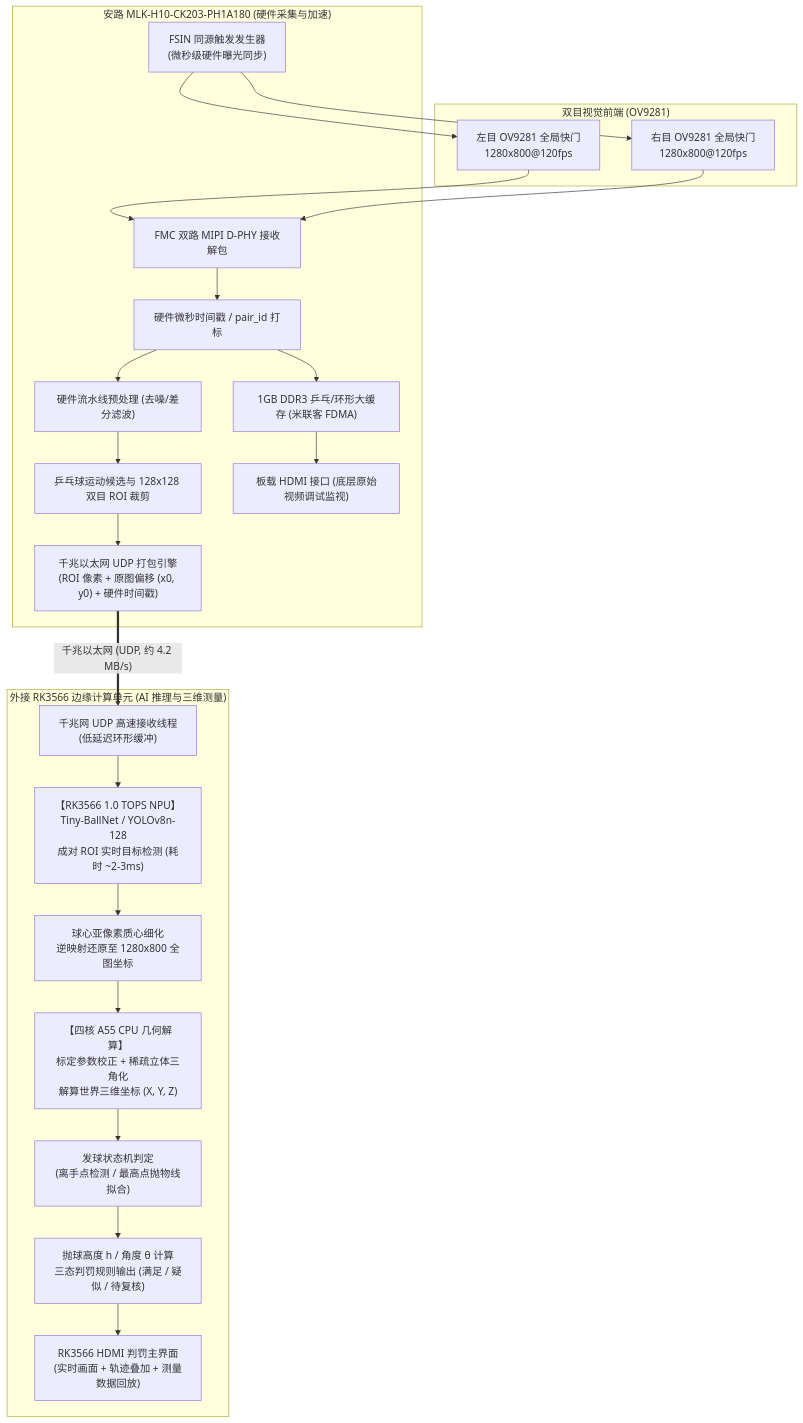
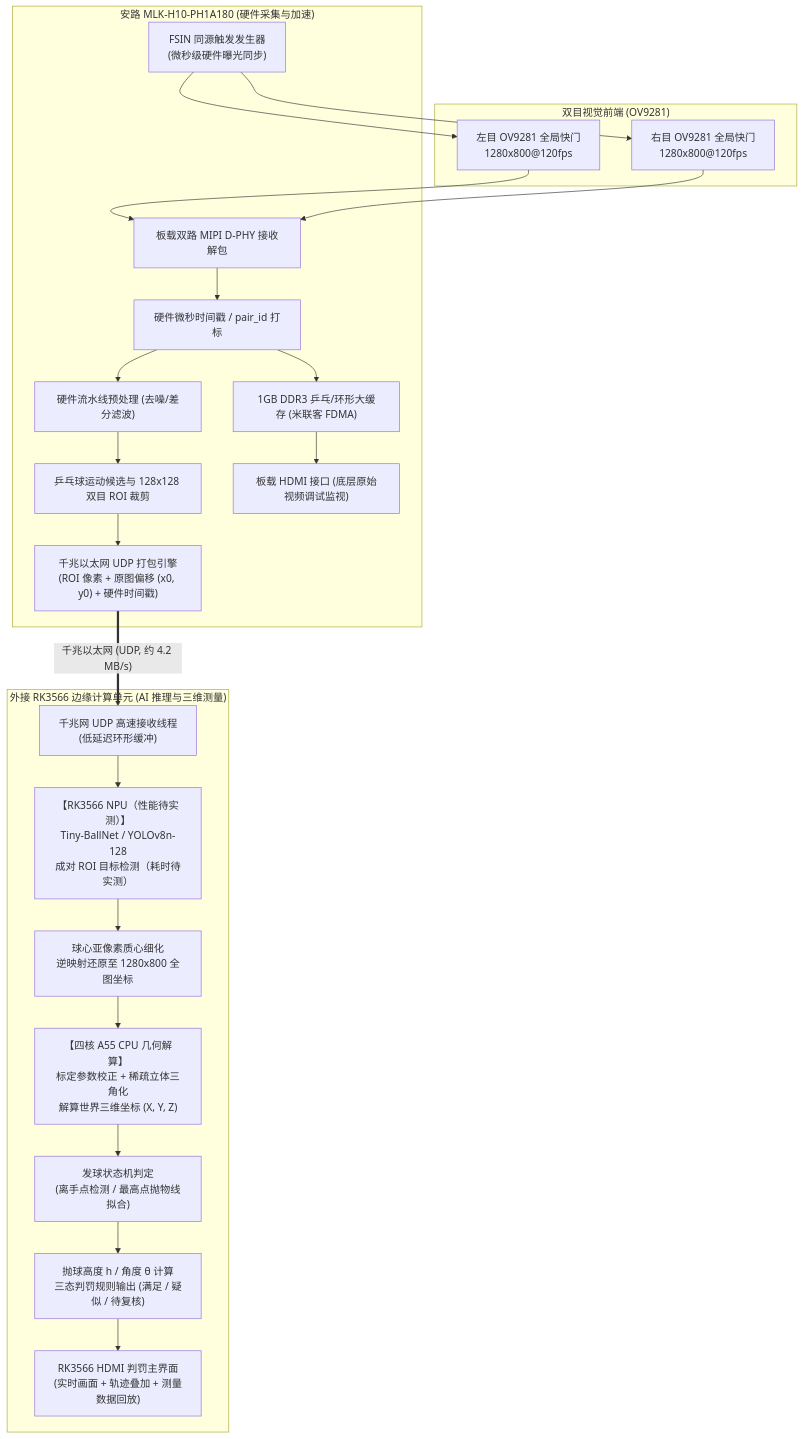
Before and after one commit to dandelionfeng/pingpong-fpga: the diagram in 项目规划/项目实施规划.md, drawn with Mermaid. The commit also changed other lines of this file and 7 other files, not shown here.

````diff
--- a/项目规划/项目实施规划.md
+++ b/项目规划/项目实施规划.md
@@ -69,43 +64,43 @@
 ```mermaid
 flowchart TD
     subgraph SENSOR["双目视觉前端 (OV9281)"]
         CAM_L["左目 OV9281 全局快门<br>1280x800@120fps"]
         CAM_R["右目 OV9281 全局快门<br>1280x800@120fps"]
     end
 
-    subgraph FPGA_BOARD["安路 MLK-H10-CK203-PH1A180 (硬件采集与加速)"]
+    subgraph FPGA_BOARD["安路 MLK-H10-PH1A180 (硬件采集与加速)"]
         FSIN_GEN["FSIN 同源触发发生器<br>(微秒级硬件曝光同步)"] --> CAM_L
         FSIN_GEN --> CAM_R
         
-        CAM_L --> FMC_RX["FMC 双路 MIPI D-PHY 接收解包"]
+        CAM_L --> FMC_RX["板载双路 MIPI D-PHY 接收解包"]
         CAM_R --> FMC_RX
         
         FMC_RX --> TS_TAG["硬件微秒时间戳 / pair_id 打标"]
         TS_TAG --> DDR3_BUF["1GB DDR3 乒乓/环形大缓存 (米联客 FDMA)"]
         
         TS_TAG --> PREPROC["硬件流水线预处理 (去噪/差分滤波)"]
         PREPROC --> ROI_CROP["乒乓球运动候选与 128x128 双目 ROI 裁剪"]
         
         ROI_CROP --> ETH_PACKET["千兆以太网 UDP 打包引擎<br>(ROI 像素 + 原图偏移 (x0, y0) + 硬件时间戳)"]
         
         DDR3_BUF --> HDMI_LOCAL["板载 HDMI 接口 (底层原始视频调试监视)"]
     end
 
     subgraph RK3566_BOARD["外接 RK3566 边缘计算单元 (AI 推理与三维测量)"]
         ETH_RECV["千兆网 UDP 高速接收线程<br>(低延迟环形缓冲)"]
         
-        ETH_RECV --> RKNN_NPU["【RK3566 1.0 TOPS NPU】<br>Tiny-BallNet / YOLOv8n-128<br>成对 ROI 实时目标检测 (耗时 ~2-3ms)"]
+        ETH_RECV --> RKNN_NPU["【RK3566 NPU（性能待实测）】<br>Tiny-BallNet / YOLOv8n-128<br>成对 ROI 目标检测（耗时待实测）"]
         
         RKNN_NPU --> SUBPIX["球心亚像素质心细化<br>逆映射还原至 1280x800 全图坐标"]
         
         SUBPIX --> STEREO_GEO["【四核 A55 CPU 几何解算】<br>标定参数校正 + 稀疏立体三角化<br>解算世界三维坐标 (X, Y, Z)"]
         
         STEREO_GEO --> STATE_FSM["发球状态机判定<br>(离手点检测 / 最高点抛物线拟合)"]
         
         STATE_FSM --> EVAL["抛球高度 h / 角度 θ 计算<br>三态判罚规则输出 (满足 / 疑似 / 待复核)"]
         
         EVAL --> DISPLAY_OUT["RK3566 HDMI 判罚主界面<br>(实时画面 + 轨迹叠加 + 测量数据回放)"]
     end
 
     ETH_PACKET == "千兆以太网 (UDP, 约 4.2 MB/s)" ==> ETH_RECV
 ```
````
